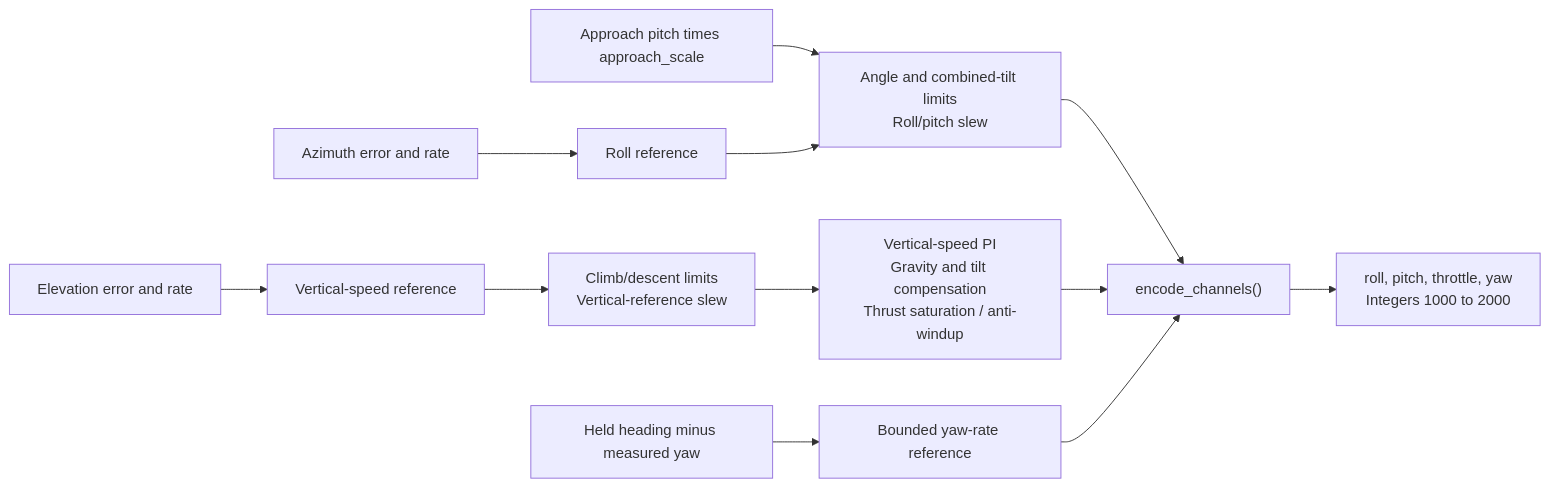
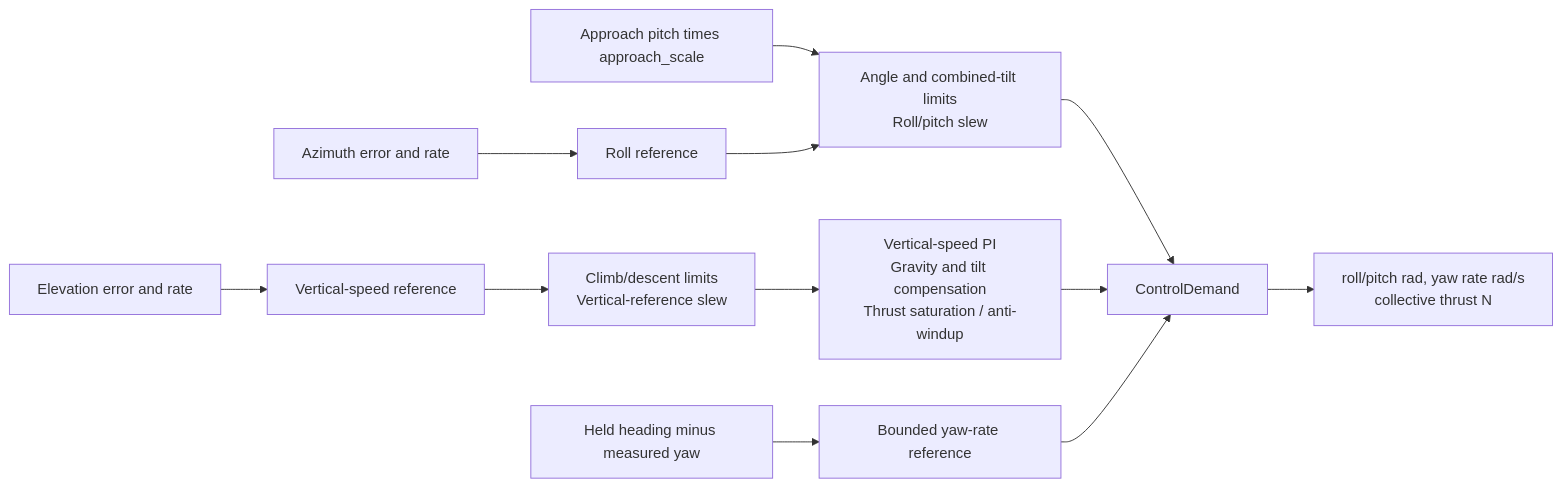
One commit to robobe/los_tracking changed the sixth of 6 diagrams in docs/package-control-flow.md. Above: the diagram before and after it, drawn with Mermaid. The commit also changed other lines of this file and 19 other files, not shown here.

````diff
--- a/docs/package-control-flow.md
+++ b/docs/package-control-flow.md
@@ -409,14 +409,14 @@
 ```mermaid
 flowchart LR
     E["Elevation error and rate"] --> V["Vertical-speed reference"]
     A["Azimuth error and rate"] --> R["Roll reference"]
     P["Approach pitch times approach_scale"] --> T["Angle and combined-tilt limits<br/>Roll/pitch slew"]
     R --> T
     V --> Z["Climb/descent limits<br/>Vertical-reference slew"]
     Z --> PI["Vertical-speed PI<br/>Gravity and tilt compensation<br/>Thrust saturation / anti-windup"]
     H["Held heading minus measured yaw"] --> Y["Bounded yaw-rate reference"]
-    T --> RC["encode_channels()"]
+    T --> RC["ControlDemand"]
     PI --> RC
     Y --> RC
-    RC --> O["roll, pitch, throttle, yaw<br/>Integers 1000 to 2000"]
+    RC --> O["roll/pitch rad, yaw rate rad/s<br/>collective thrust N"]
 ```
````
